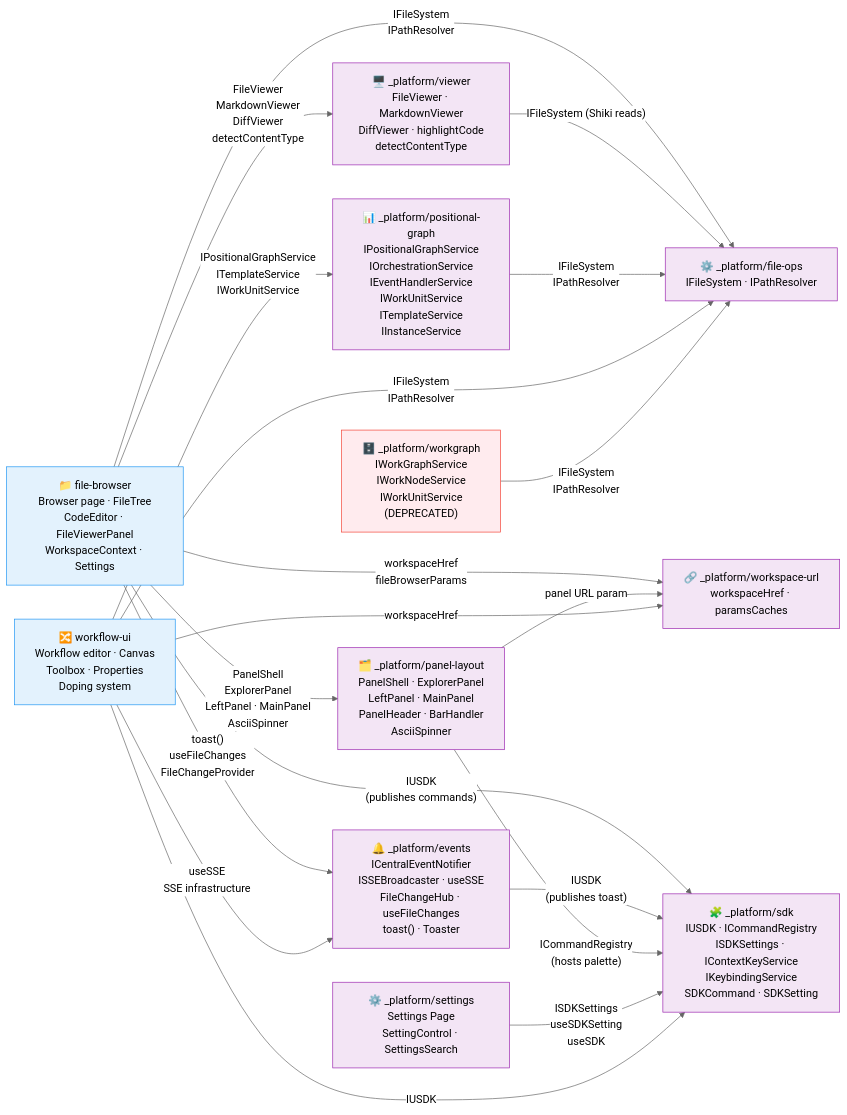
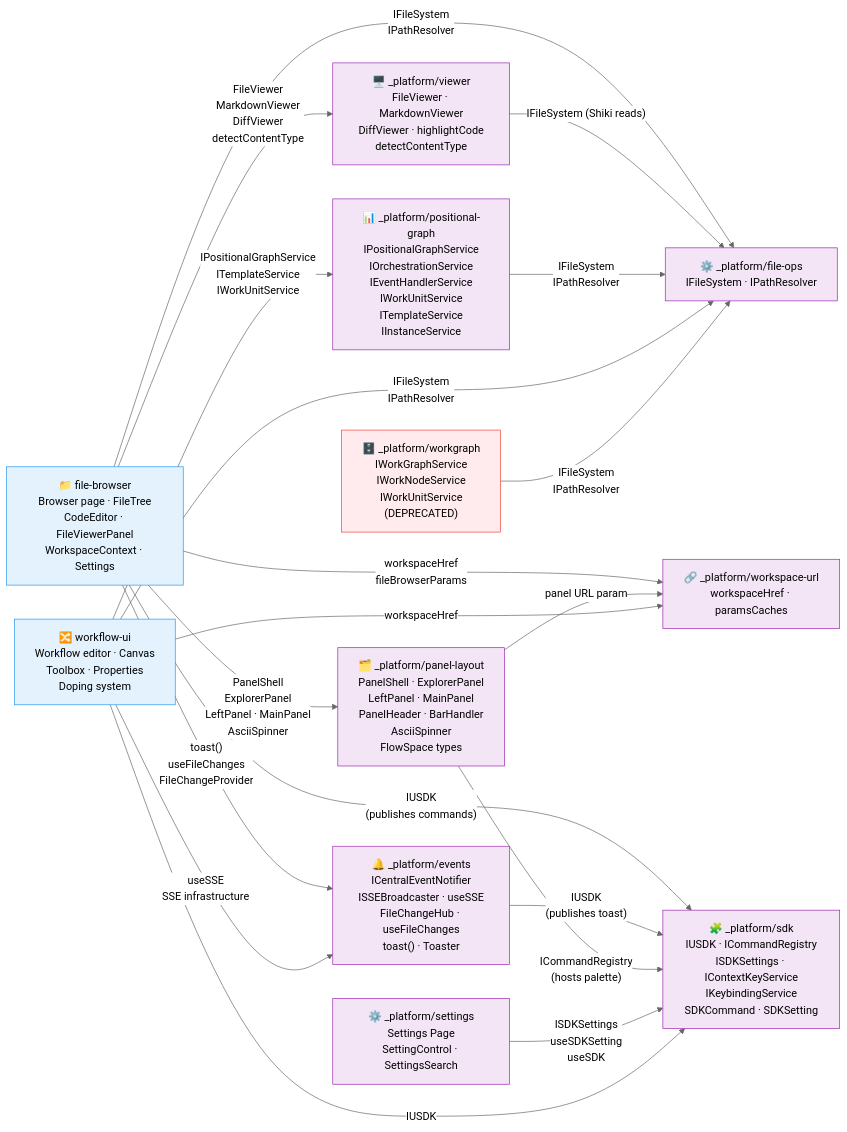
The diagram in docs/domains/domain-map.md (AI-Substrate/chainglass), drawn with Mermaid (neutral theme) before and after one commit. The commit also changed other lines of this file and 15 other files, not shown here.

First line of the commit message:
feat(051): implement FlowSpace code search and built-in content search foundation

````diff
--- a/docs/domains/domain-map.md
+++ b/docs/domains/domain-map.md
@@ -6,49 +6,49 @@
 ```mermaid
 flowchart LR
     classDef business fill:#E3F2FD,stroke:#2196F3,color:#000
     classDef infra fill:#F3E5F5,stroke:#9C27B0,color:#000
     classDef deprecated fill:#FFEBEE,stroke:#F44336,color:#000
 
     %% Infrastructure domains
     fileOps["⚙️ _platform/file-ops<br/>IFileSystem · IPathResolver"]:::infra
     wsUrl["🔗 _platform/workspace-url<br/>workspaceHref · paramsCaches"]:::infra
     viewer["🖥️ _platform/viewer<br/>FileViewer · MarkdownViewer<br/>DiffViewer · highlightCode<br/>detectContentType"]:::infra
     events["🔔 _platform/events<br/>ICentralEventNotifier<br/>ISSEBroadcaster · useSSE<br/>FileChangeHub · useFileChanges<br/>toast() · Toaster"]:::infra
-    panels["🗂️ _platform/panel-layout<br/>PanelShell · ExplorerPanel<br/>LeftPanel · MainPanel<br/>PanelHeader · BarHandler<br/>AsciiSpinner"]:::infra
+    panels["🗂️ _platform/panel-layout<br/>PanelShell · ExplorerPanel<br/>LeftPanel · MainPanel<br/>PanelHeader · BarHandler<br/>AsciiSpinner<br/>FlowSpace types"]:::infra
     sdk["🧩 _platform/sdk<br/>IUSDK · ICommandRegistry<br/>ISDKSettings · IContextKeyService<br/>IKeybindingService<br/>SDKCommand · SDKSetting"]:::infra
     settings["⚙️ _platform/settings<br/>Settings Page<br/>SettingControl · SettingsSearch"]:::infra
     posGraph["📊 _platform/positional-graph<br/>IPositionalGraphService<br/>IOrchestrationService<br/>IEventHandlerService<br/>IWorkUnitService<br/>ITemplateService<br/>IInstanceService"]:::infra
     workgraph["🗄️ _platform/workgraph<br/>IWorkGraphService<br/>IWorkNodeService<br/>IWorkUnitService<br/>(DEPRECATED)"]:::deprecated
 
     %% Business domains
     fileBrowser["📁 file-browser<br/>Browser page · FileTree<br/>CodeEditor · FileViewerPanel<br/>WorkspaceContext · Settings"]:::business
     workflowUI["🔀 workflow-ui<br/>Workflow editor · Canvas<br/>Toolbox · Properties<br/>Doping system"]:::business
 
     %% Contract dependencies (consumer → provider)
     fileBrowser -->|"IFileSystem<br/>IPathResolver"| fileOps
     fileBrowser -->|"workspaceHref<br/>fileBrowserParams"| wsUrl
     fileBrowser -->|"FileViewer<br/>MarkdownViewer<br/>DiffViewer<br/>detectContentType"| viewer
     fileBrowser -->|"toast()<br/>useFileChanges<br/>FileChangeProvider"| events
     fileBrowser -->|"PanelShell<br/>ExplorerPanel<br/>LeftPanel · MainPanel<br/>AsciiSpinner"| panels
     panels -->|"panel URL param"| wsUrl
     viewer -->|"IFileSystem (Shiki reads)"| fileOps
 
     %% SDK consumed by publishing domains
     fileBrowser -->|"IUSDK<br/>(publishes commands)"| sdk
     events -->|"IUSDK<br/>(publishes toast)"| sdk
     panels -->|"ICommandRegistry<br/>(hosts palette)"| sdk
     settings -->|"ISDKSettings<br/>useSDKSetting<br/>useSDK"| sdk
 
     %% Positional graph dependencies
     posGraph -->|"IFileSystem<br/>IPathResolver"| fileOps
 
     %% Workflow UI dependencies
     workflowUI -->|"IPositionalGraphService<br/>ITemplateService<br/>IWorkUnitService"| posGraph
     workflowUI -->|"IFileSystem<br/>IPathResolver"| fileOps
     workflowUI -->|"useSSE<br/>SSE infrastructure"| events
     workflowUI -->|"workspaceHref"| wsUrl
     workflowUI -->|"IUSDK"| sdk
 
     %% Legacy workgraph dependencies
     workgraph -->|"IFileSystem<br/>IPathResolver"| fileOps
 ```
````
